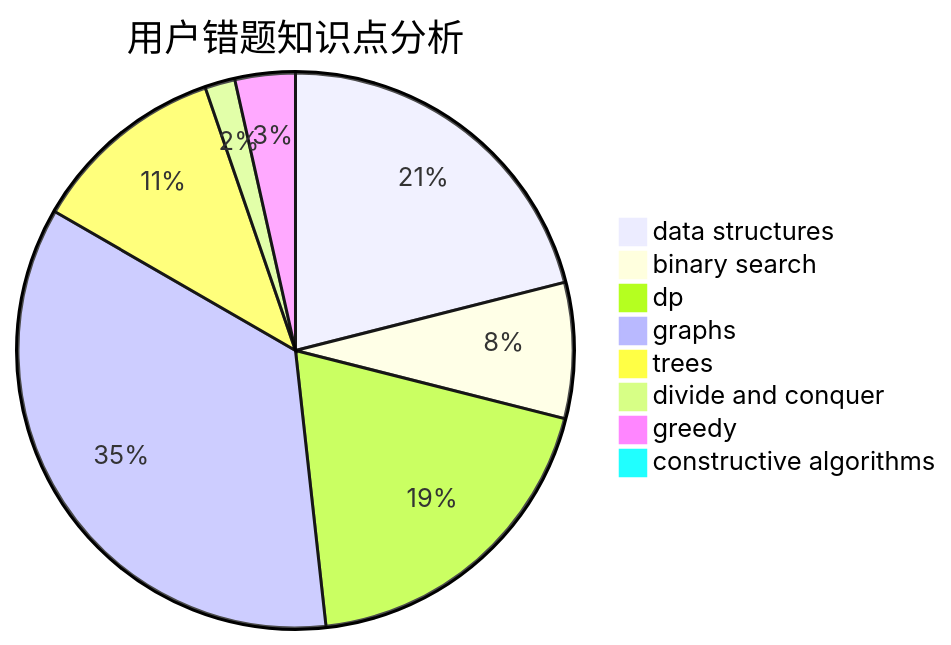
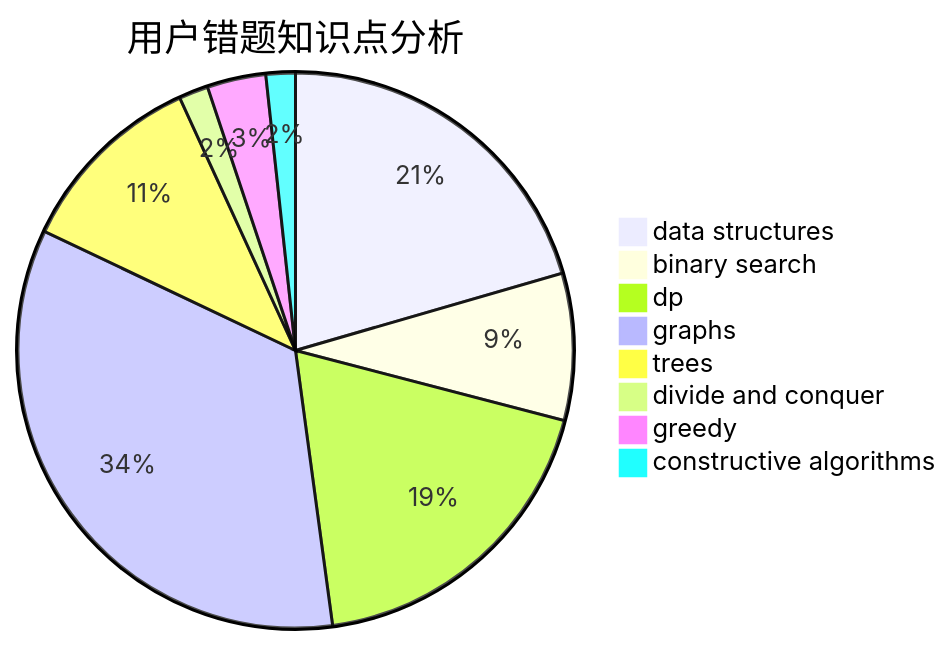
Before and after one commit to sherpahu/cfrs.github.io: the third of 3 diagrams in docs/user/u2419.md, drawn with Mermaid. The commit also changed other lines of this file and 2770 other files, not shown here.

````diff
--- a/docs/user/u2419.md
+++ b/docs/user/u2419.md
@@ -36,11 +36,11 @@
 ```mermaid
 pie title 用户错题知识点分析
     "data structures" :  24
-    "binary search" :  9
+    "binary search" :  10
     "dp" :  22
     "graphs" :  40
     "trees" :  13
     "divide and conquer" :  2
     "greedy" :  4
-    "constructive algorithms" :  1
+    "constructive algorithms" :  2
 ```
````
